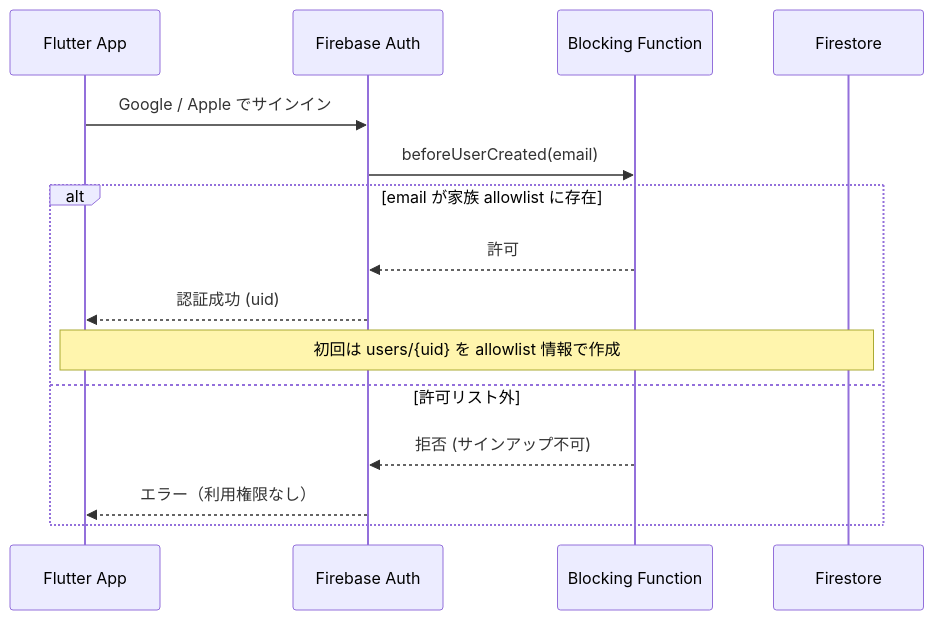
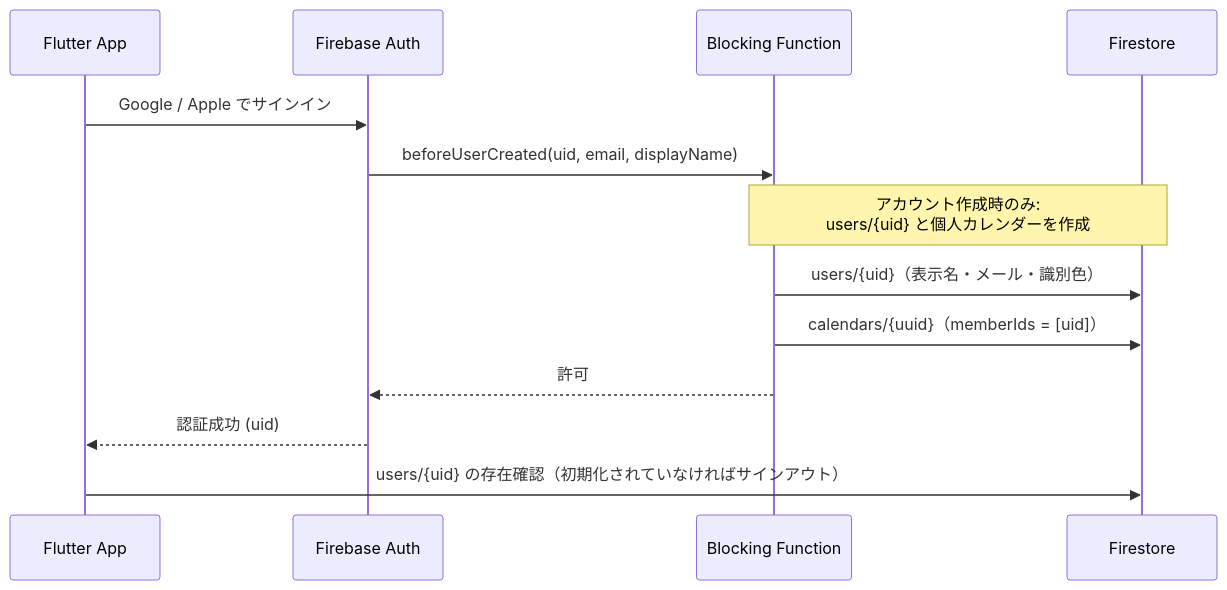
One commit to Yokochi513/KanSuke changed the second of 4 diagrams in docs/基本設計.md. Above: the diagram before and after it, drawn with Mermaid. The commit also changed other lines of this file and 6 other files, not shown here.

````diff
--- a/docs/基本設計.md
+++ b/docs/基本設計.md
@@ -92,17 +92,15 @@
 ```mermaid
 sequenceDiagram
     participant App as Flutter App
     participant AUTH as Firebase Auth
     participant BLK as Blocking Function
     participant FS as Firestore
     App->>AUTH: Google / Apple でサインイン
-    AUTH->>BLK: beforeUserCreated(email)
-    alt email が家族 allowlist に存在
-      BLK-->>AUTH: 許可
-      AUTH-->>App: 認証成功 (uid)
-      Note over App,FS: 初回は users/{uid} を allowlist 情報で作成
-    else 許可リスト外
-      BLK-->>AUTH: 拒否 (サインアップ不可)
-      AUTH-->>App: エラー（利用権限なし）
-    end
+    AUTH->>BLK: beforeUserCreated(uid, email, displayName)
+    Note over BLK,FS: アカウント作成時のみ:<br/>users/{uid} と個人カレンダーを作成
+    BLK->>FS: users/{uid}（表示名・メール・識別色）
+    BLK->>FS: calendars/{uuid}（memberIds = [uid]）
+    BLK-->>AUTH: 許可
+    AUTH-->>App: 認証成功 (uid)
+    App->>FS: users/{uid} の存在確認（初期化されていなければサインアウト）
 ```
````
